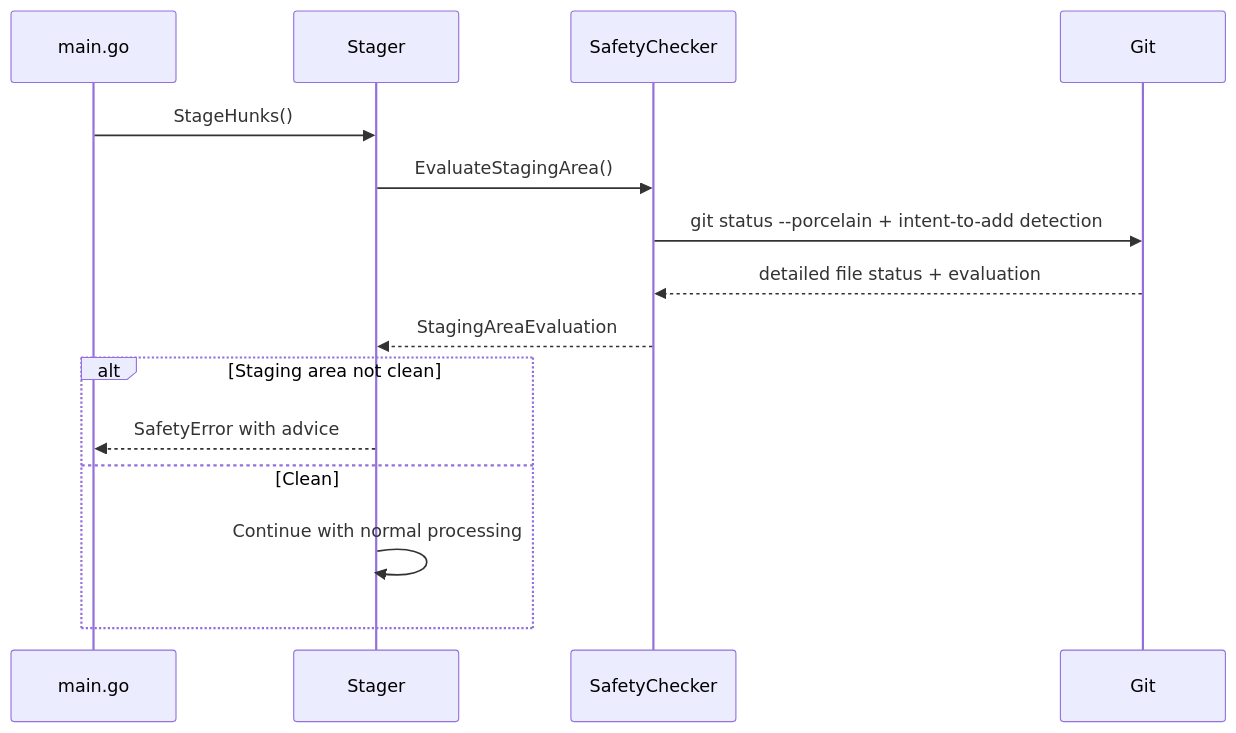
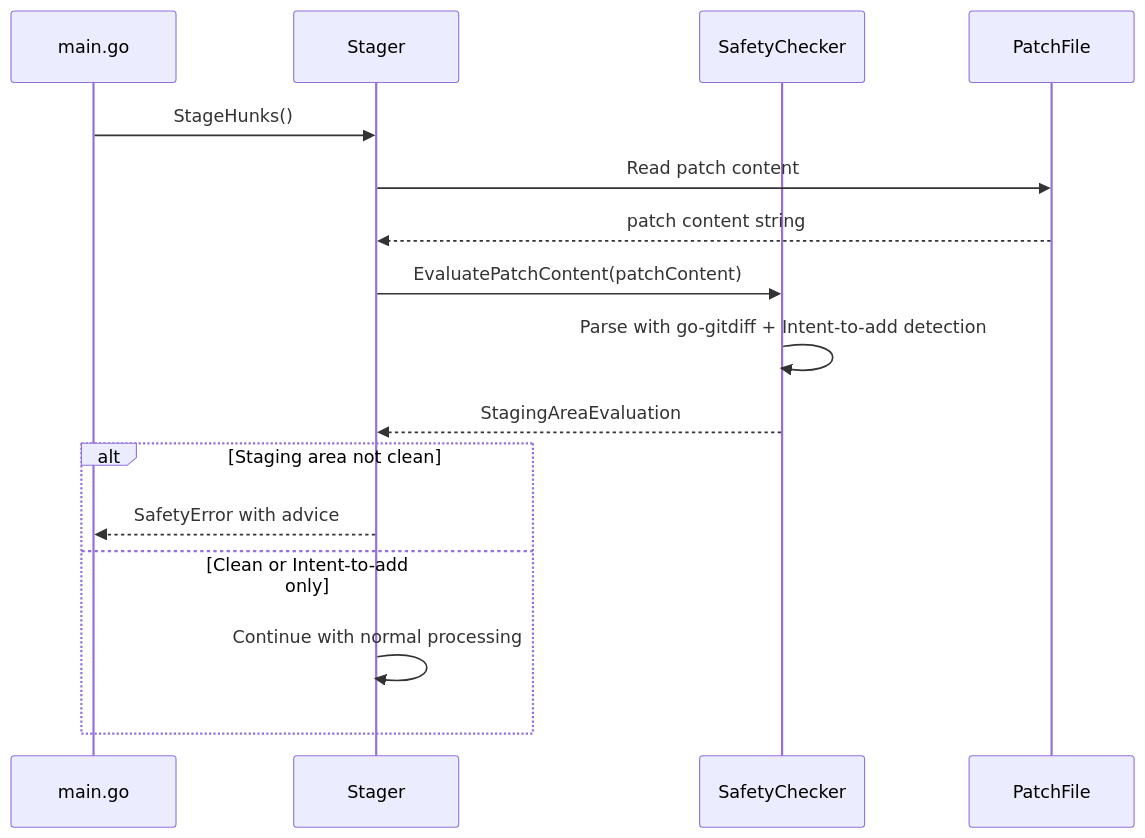
Before and after one commit to syou6162/git-sequential-stage: the second of 3 diagrams in .kiro/specs/safety_improvements/design.md, drawn with Mermaid. The commit also changed 1 other file, not shown here.

Commit message:
final: SafetyChecker完全パッチベース化の最終仕上げ
すべての残存変更を完了:
- 設計書の全セクションをパッチベースに統一
- 全テストからmockExecutor完全除去
- シーケンス図とデータフローの最終調整

SafetyCheckerが100%gitコマンド不要のパッチベース実装として完成

````diff
--- a/.kiro/specs/safety_improvements/design.md
+++ b/.kiro/specs/safety_improvements/design.md
@@ -483,18 +483,19 @@
 ```mermaid
 sequenceDiagram
     participant M as main.go
     participant S as Stager
     participant SC as SafetyChecker
-    participant G as Git
+    participant P as PatchFile
     
     M->>S: StageHunks()
-    S->>SC: EvaluateStagingArea()
-    SC->>G: git status --porcelain + intent-to-add detection
-    G-->>SC: detailed file status + evaluation
+    S->>P: Read patch content
+    P-->>S: patch content string
+    S->>SC: EvaluatePatchContent(patchContent)
+    SC->>SC: Parse with go-gitdiff + Intent-to-add detection
     SC-->>S: StagingAreaEvaluation
     alt Staging area not clean
         S-->>M: SafetyError with advice
-    else Clean
+    else Clean or Intent-to-add only
         S->>S: Continue with normal processing
     end
 ```
````
